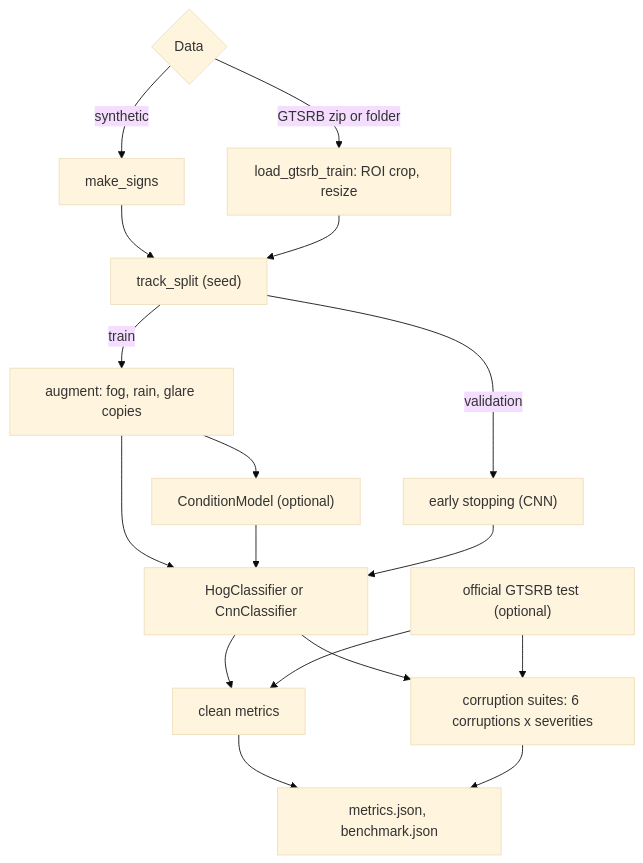
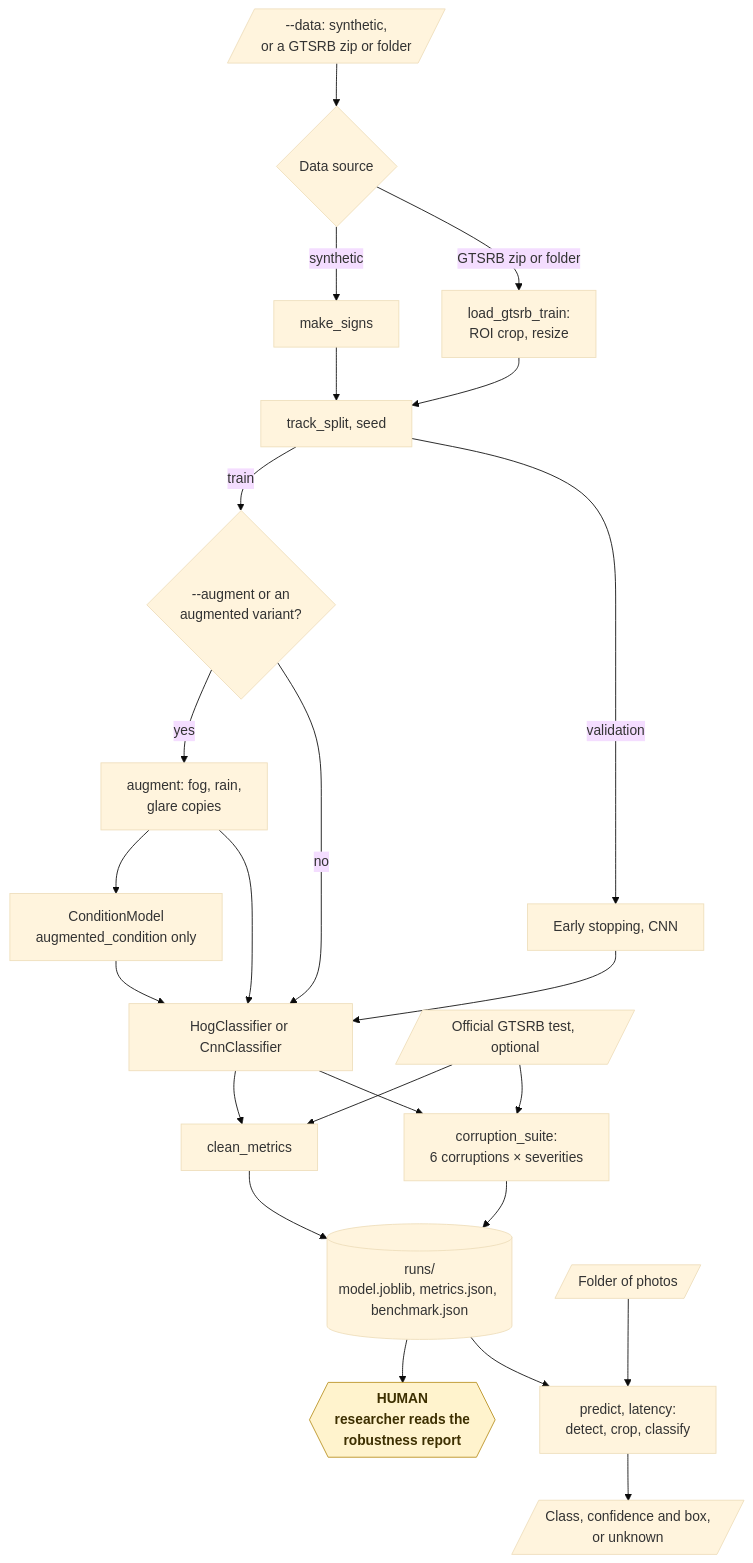
Before and after one commit to KrishnaAnnavaram/signsight: the fifth of 18 diagrams in README.md, drawn with Mermaid (base theme). The commit also changed other lines of this file, not shown here.

Commit message:
Add the workflow diagrams to the README

````diff
--- a/README.md
+++ b/README.md
@@ -204,19 +258,29 @@
 ```mermaid
-flowchart TB
-    SRC{"Data"} -- "synthetic" --> SYN["make_signs"]
-    SRC -- "GTSRB zip or folder" --> GT["load_gtsrb_train: ROI crop, resize"]
-    SYN --> SPLIT["track_split (seed)"]
+flowchart TD
+    IN[/"--data: synthetic,<br/>or a GTSRB zip or folder"/] --> SRC{"Data source"}
+    SRC -- "synthetic" --> SYN["make_signs"]
+    SRC -- "GTSRB zip or folder" --> GT["load_gtsrb_train:<br/>ROI crop, resize"]
+    SYN --> SPLIT["track_split, seed"]
     GT --> SPLIT
-    SPLIT -- "train" --> AUG["augment: fog, rain, glare copies"]
-    AUG --> COND["ConditionModel (optional)"]
+    SPLIT -- "train" --> AQ{"--augment or an<br/>augmented variant?"}
+    AQ -- "yes" --> AUG["augment: fog, rain,<br/>glare copies"]
+    AQ -- "no" --> FIT
+    AUG --> COND["ConditionModel<br/>augmented_condition only"]
     AUG --> FIT["HogClassifier or CnnClassifier"]
     COND --> FIT
-    SPLIT -- "validation" --> ES["early stopping (CNN)"]
+    SPLIT -- "validation" --> ES["Early stopping, CNN"]
     ES --> FIT
-    FIT --> CLEAN["clean metrics"]
-    FIT --> SUITE["corruption suites: 6 corruptions x severities"]
-    OT["official GTSRB test (optional)"] --> CLEAN
+    FIT --> CLEAN["clean_metrics"]
+    FIT --> SUITE["corruption_suite:<br/>6 corruptions × severities"]
+    OT[/"Official GTSRB test, optional"/] --> CLEAN
     OT --> SUITE
-    CLEAN --> REP["metrics.json, benchmark.json"]
+    CLEAN --> REP[("runs/<br/>model.joblib, metrics.json, benchmark.json")]
     SUITE --> REP
+    REP --> HUMAN{{"HUMAN<br/>researcher reads the<br/>robustness report"}}
+    PH[/"Folder of photos"/] --> PRED["predict, latency:<br/>detect, crop, classify"]
+    REP --> PRED
+    PRED --> OUT[/"Class, confidence and box,<br/>or unknown"/]
+
+    classDef human fill:#fff3cd,stroke:#b8901f,color:#3d2f00,font-weight:bold
+    class HUMAN human
 ```
````
